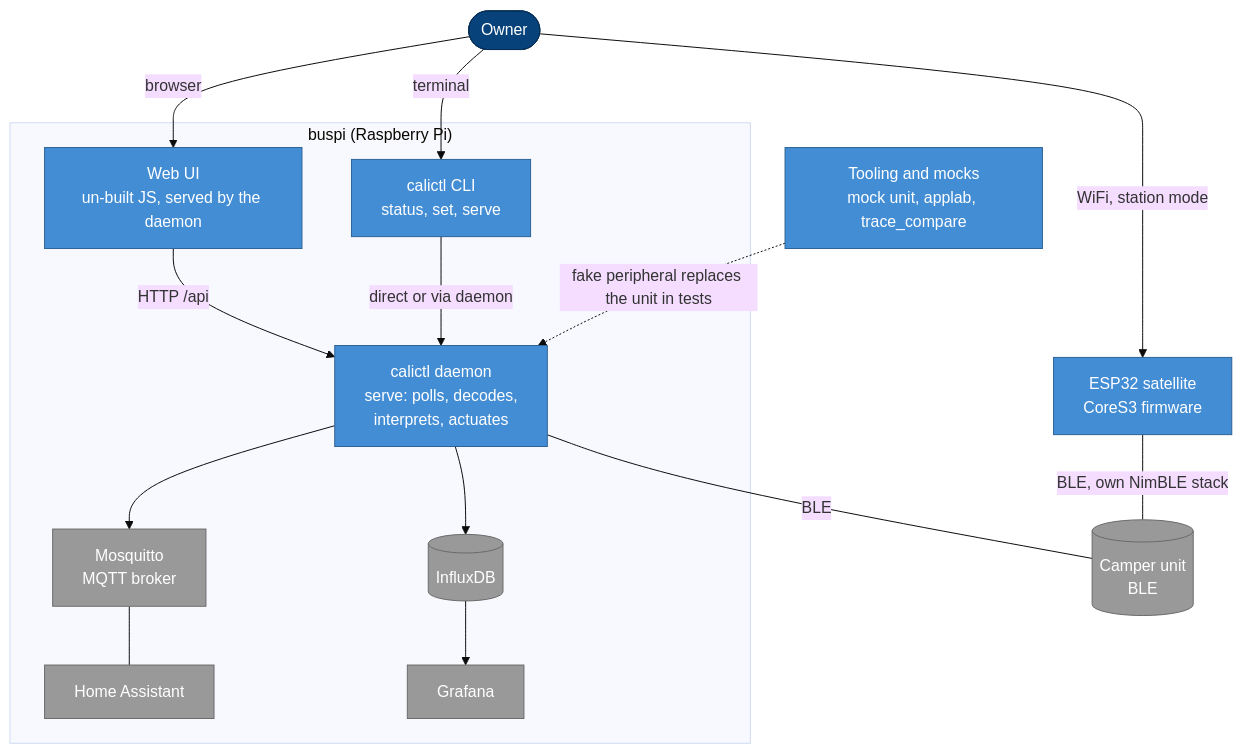
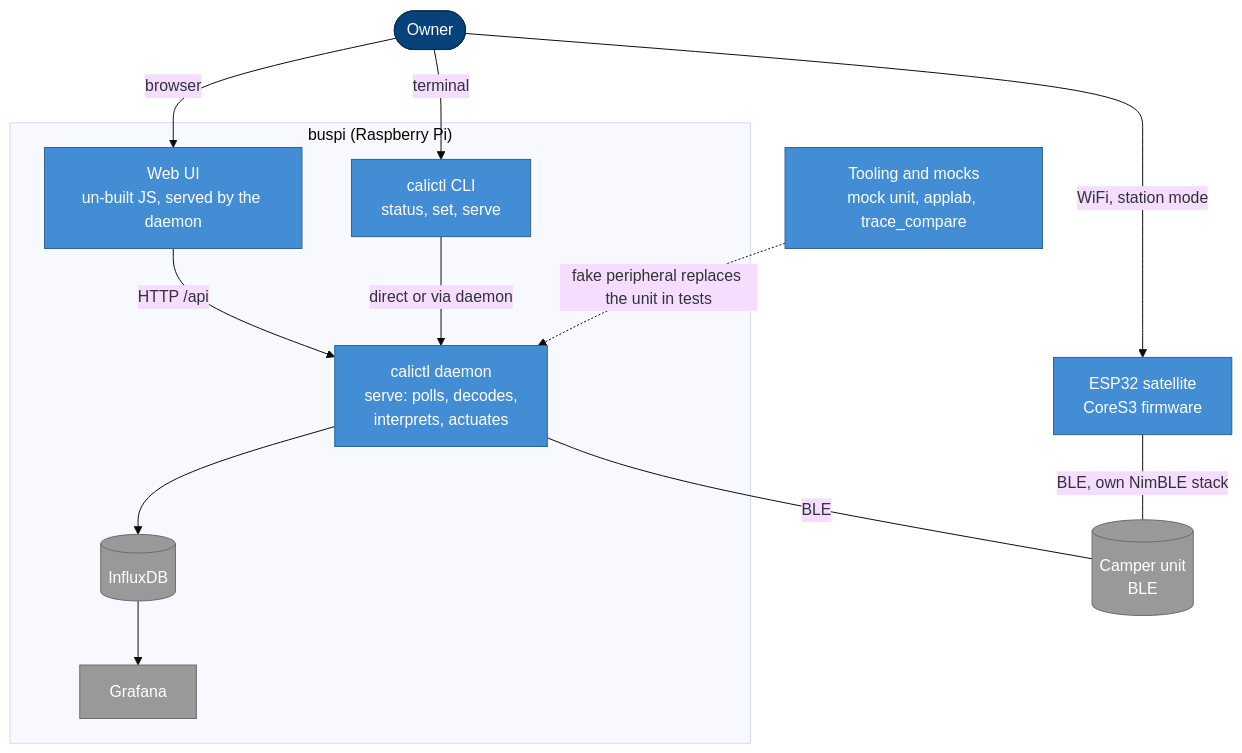
The second of 7 diagrams in docs/architecture.md (ckeller42/open-california), drawn with Mermaid (base theme) before and after one commit. The commit also changed other lines of this file and 49 other files, not shown here.

First line of the commit message:
calictl: remove the MQTT / Home Assistant integration (owner 2026-11-07) (#532)

````diff
--- a/docs/architecture.md
+++ b/docs/architecture.md
@@ -129,34 +122,30 @@
 ```mermaid
 flowchart TB
   owner(["Owner"])
   unit[("Camper unit<br/>BLE")]
   subgraph pi["buspi (Raspberry Pi)"]
     daemon["calictl daemon<br/>serve: polls, decodes,<br/>interprets, actuates"]
     webui["Web UI<br/>un-built JS, served by the daemon"]
     cli["calictl CLI<br/>status, set, serve"]
-    mqtt["Mosquitto<br/>MQTT broker"]
-    ha["Home Assistant"]
     idb[("InfluxDB")]
     graf["Grafana"]
   end
   esp["ESP32 satellite<br/>CoreS3 firmware"]
   tools["Tooling and mocks<br/>mock unit, applab, trace_compare"]
   owner -->|browser| webui
   owner -->|terminal| cli
   webui -->|HTTP /api| daemon
   cli -->|direct or via daemon| daemon
   daemon ---|BLE| unit
-  daemon --> mqtt
-  mqtt --- ha
   daemon --> idb
   idb --> graf
   esp ---|BLE, own NimBLE stack| unit
   owner -->|WiFi, station mode| esp
   tools -.->|fake peripheral replaces the unit in tests| daemon
   classDef person fill:#08427b,color:#fff,stroke:#052e56
   classDef container fill:#438dd5,color:#fff,stroke:#2e6295
   classDef ext fill:#999999,color:#fff,stroke:#6b6b6b
   class owner person
   class daemon,webui,cli,esp,tools container
-  class unit,mqtt,ha,idb,graf ext
+  class unit,idb,graf ext
 ```
````
